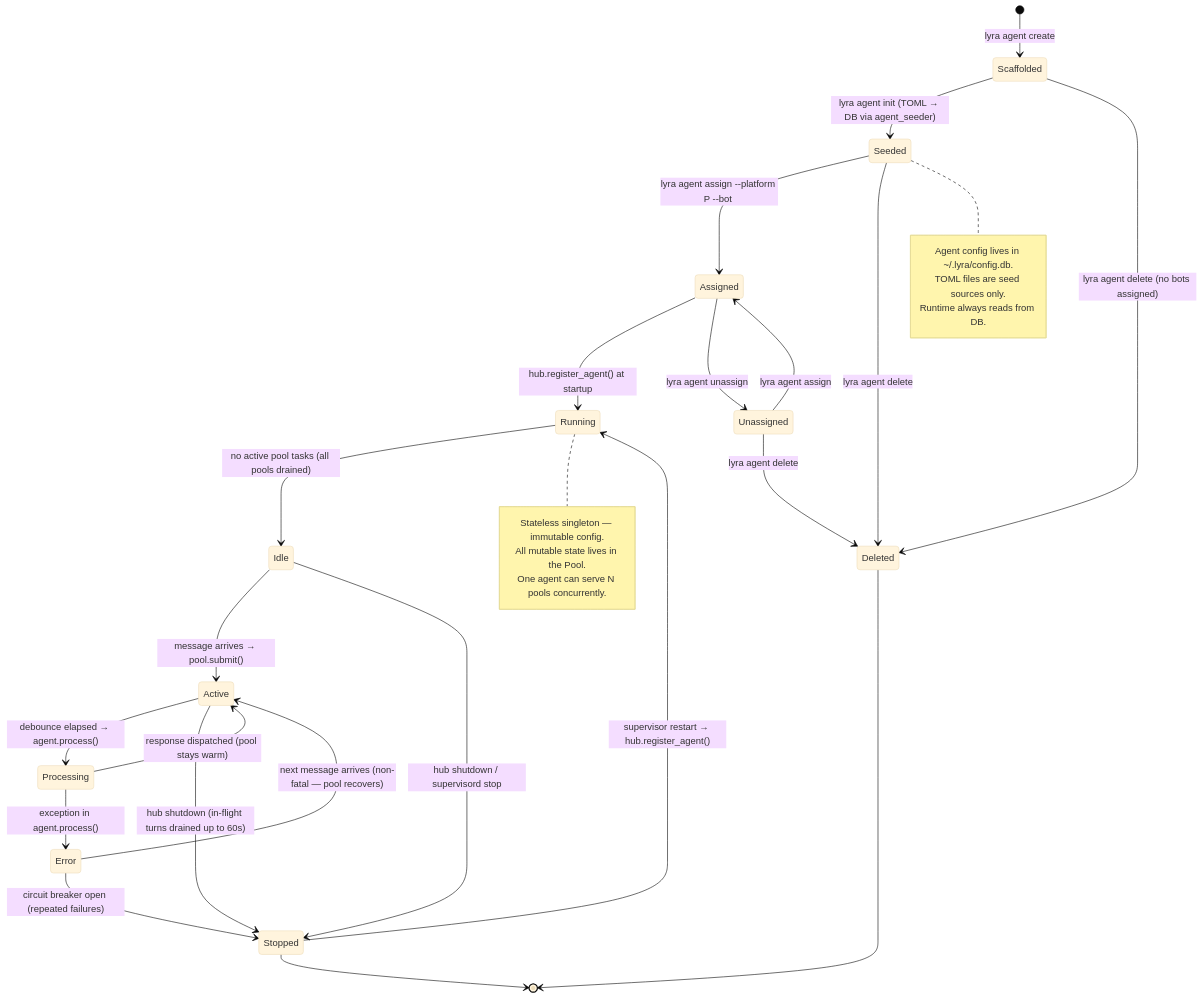
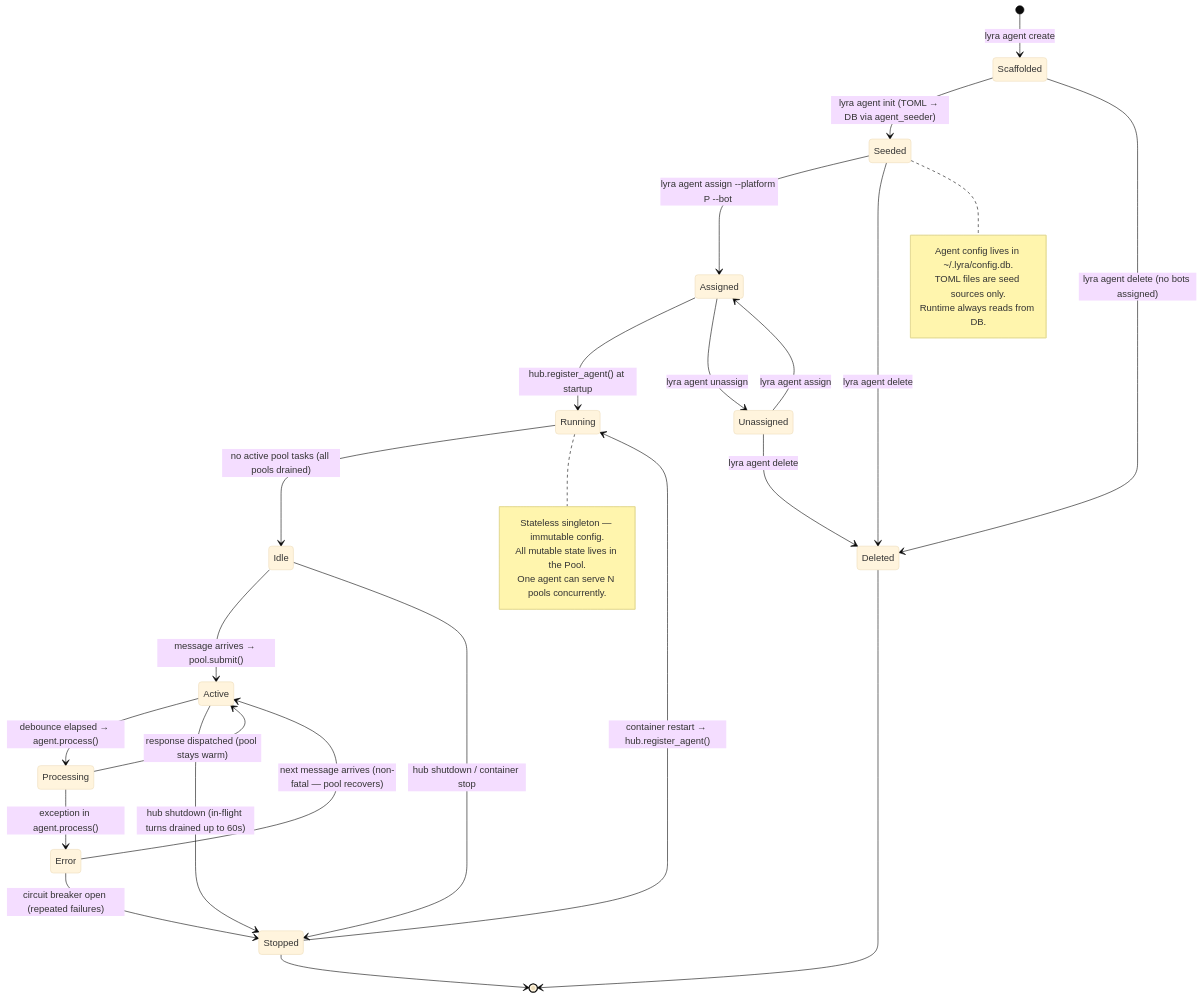
The third of 3 diagrams in docs/ARCHITECTURE.md (Roxabi/lyra), drawn with Mermaid (base theme) before and after one commit. The commit also changed other lines of this file and 24 other files, not shown here.

````diff
--- a/docs/ARCHITECTURE.md
+++ b/docs/ARCHITECTURE.md
@@ -422,47 +422,47 @@
 ```mermaid
 stateDiagram-v2
     direction TB
 
     [*] --> Scaffolded : lyra agent create <name>
 
     Scaffolded --> Seeded : lyra agent init (TOML → DB via agent_seeder)
     Scaffolded --> Deleted : lyra agent delete (no bots assigned)
 
     Seeded --> Assigned : lyra agent assign --platform P --bot <id>
     Seeded --> Deleted : lyra agent delete
 
     Assigned --> Running : hub.register_agent() at startup
     Assigned --> Unassigned : lyra agent unassign
 
     Unassigned --> Assigned : lyra agent assign
     Unassigned --> Deleted : lyra agent delete
 
     Running --> Idle : no active pool tasks (all pools drained)
     Idle --> Active : message arrives → pool.submit()
 
     Active --> Processing : debounce elapsed → agent.process()
     Processing --> Active : response dispatched (pool stays warm)
     Processing --> Error : exception in agent.process()
 
     Error --> Active : next message arrives (non-fatal — pool recovers)
     Error --> Stopped : circuit breaker open (repeated failures)
 
-    Idle --> Stopped : hub shutdown / supervisord stop
+    Idle --> Stopped : hub shutdown / container stop
     Active --> Stopped : hub shutdown (in-flight turns drained up to 60s)
 
-    Stopped --> Running : supervisor restart → hub.register_agent()
+    Stopped --> Running : container restart → hub.register_agent()
     Stopped --> [*]
     Deleted --> [*]
 
     note right of Seeded
         Agent config lives in ~/.lyra/config.db.
         TOML files are seed sources only.
         Runtime always reads from DB.
     end note
 
     note right of Running
         Stateless singleton — immutable config.
         All mutable state lives in the Pool.
         One agent can serve N pools concurrently.
     end note
 ```
````
